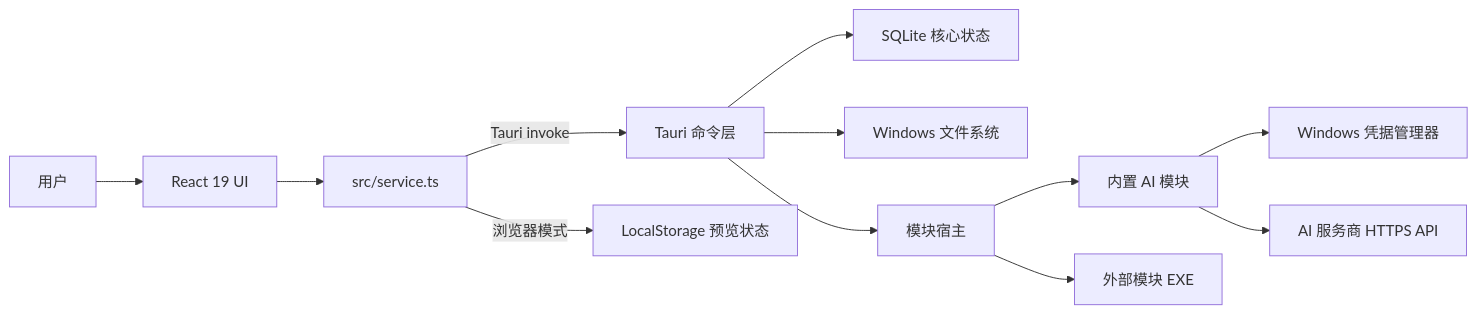
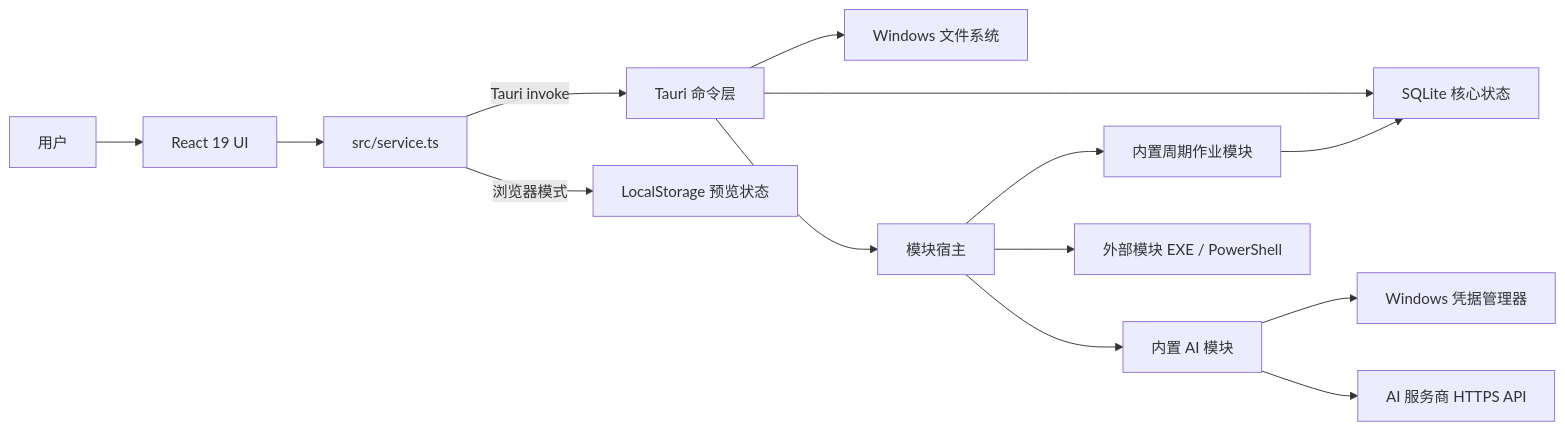
One commit to ZeyuZhao1/homework-manager changed the first of 6 diagrams in docs/ARCHITECTURE.md. Above: the diagram before and after it, drawn with Mermaid. The commit also changed other lines of this file and 40 other files, not shown here.

````diff
--- a/docs/ARCHITECTURE.md
+++ b/docs/ARCHITECTURE.md
@@ -16,14 +16,16 @@
 ```mermaid
 flowchart LR
     U[用户] --> UI[React 19 UI]
     UI --> S[src/service.ts]
     S -->|Tauri invoke| C[Tauri 命令层]
     S -->|浏览器模式| P[LocalStorage 预览状态]
     C --> DB[SQLite 核心状态]
     C --> FS[Windows 文件系统]
     C --> MH[模块宿主]
     MH --> BI[内置 AI 模块]
-    MH --> EX[外部模块 EXE]
+    MH --> R[内置周期作业模块]
+    R --> DB
+    MH --> EX[外部模块 EXE / PowerShell]
     BI --> KC[Windows 凭据管理器]
     BI --> AI[AI 服务商 HTTPS API]
 ```
````
